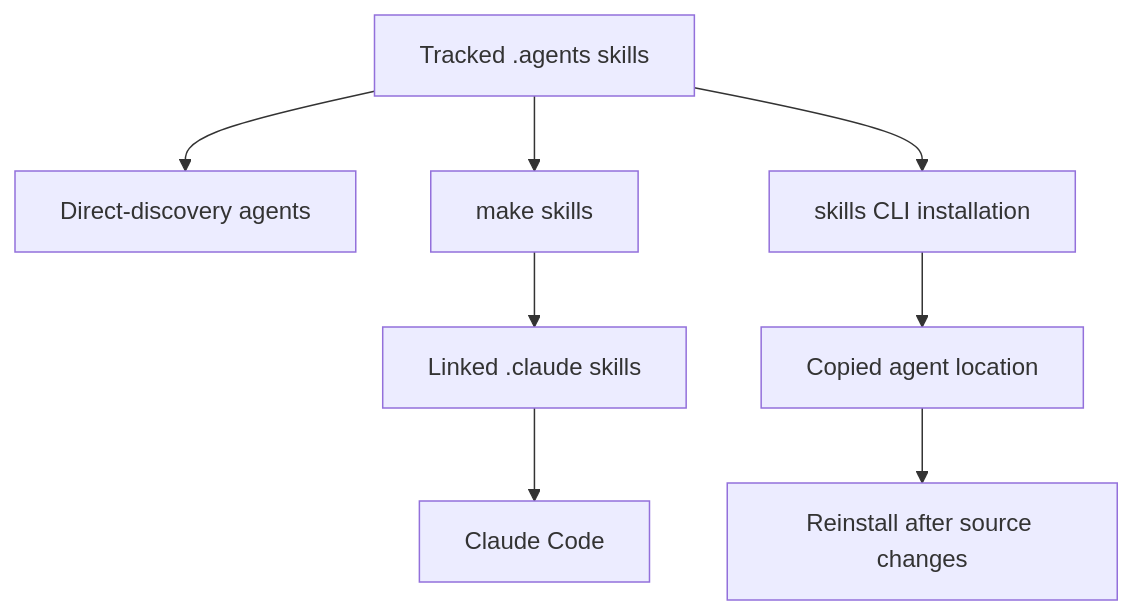
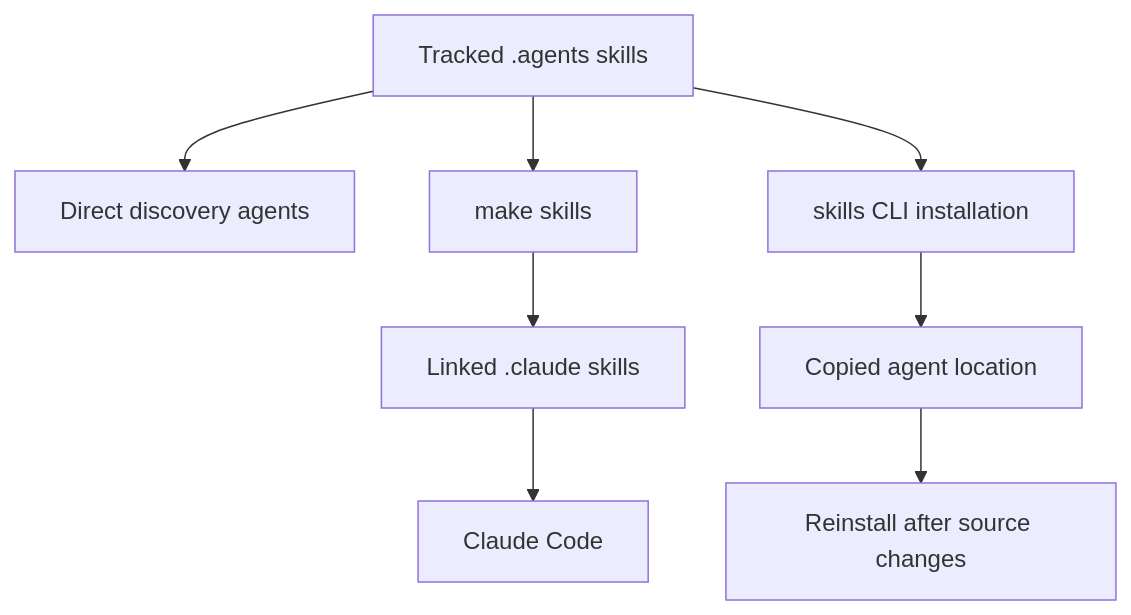
One commit to langchain-ai/docs changed the first of 3 diagrams in openwiki/operations/agent-skills.md. Above: the diagram before and after it, drawn with Mermaid. The commit also changed other lines of this file and 39 other files, not shown here.

````diff
--- a/openwiki/operations/agent-skills.md
+++ b/openwiki/operations/agent-skills.md
@@ -69,10 +73,10 @@
 ```mermaid
 flowchart TD
-  Canonical["Tracked .agents skills"] --> Direct["Direct-discovery agents"]
+  Canonical["Tracked .agents skills"] --> Direct["Direct discovery agents"]
   Canonical --> Link["make skills"]
   Link --> ClaudeDir["Linked .claude skills"]
   ClaudeDir --> ClaudeCode["Claude Code"]
   Canonical --> Install["skills CLI installation"]
   Install --> Copy["Copied agent location"]
   Copy --> Reinstall["Reinstall after source changes"]
 ```
````
